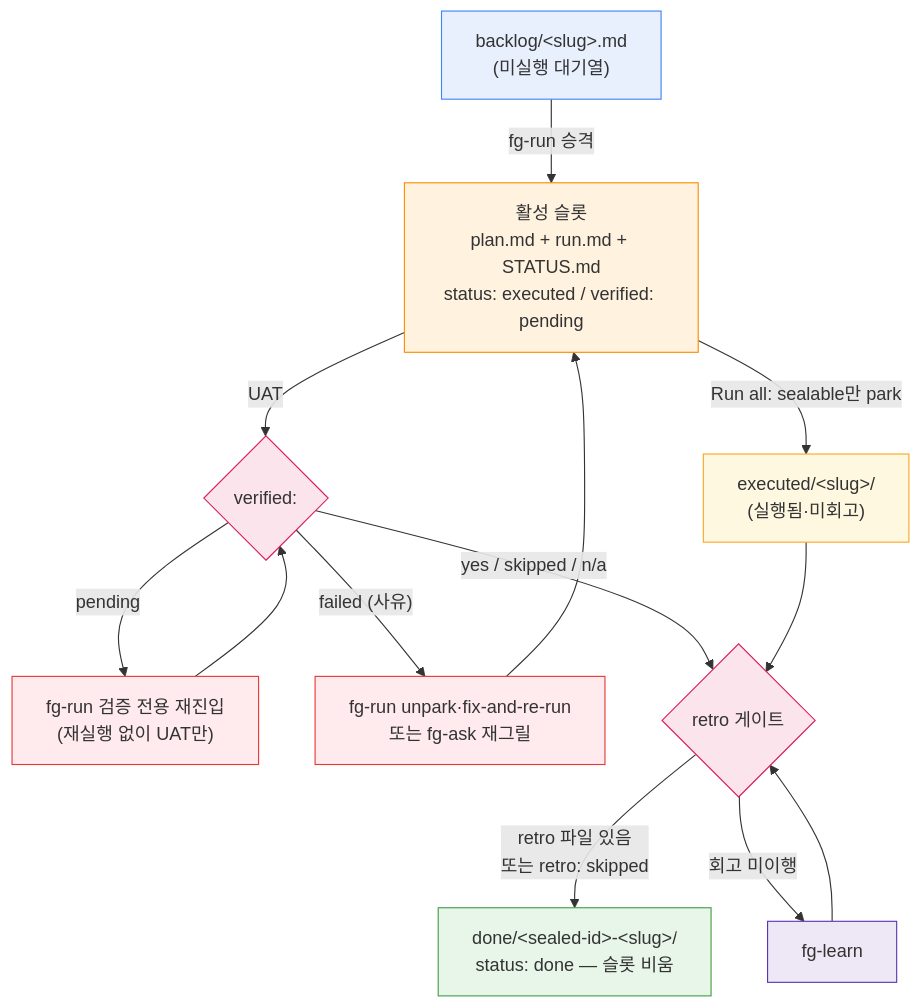
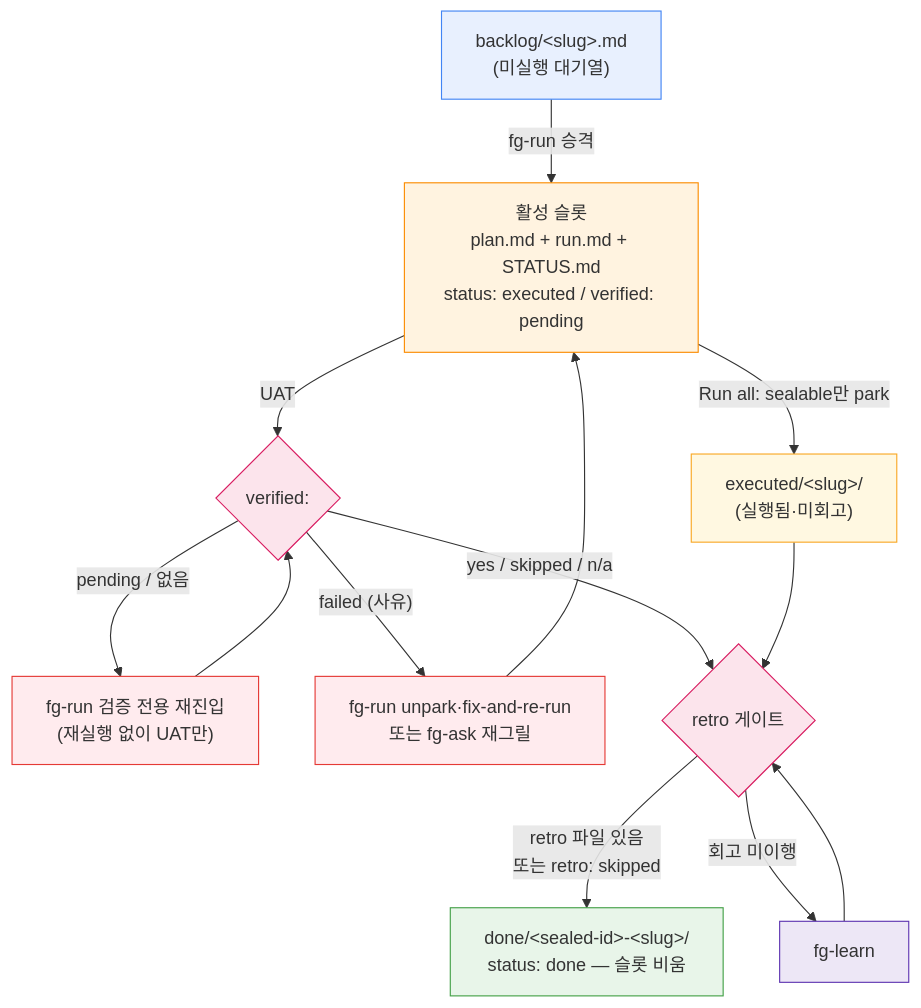
The diagram in .forge/codebase/ARCHITECTURE.md (gyuha/forge), drawn with Mermaid before and after one commit. The commit also changed other lines of this file and 6 other files, not shown here.

````diff
--- a/.forge/codebase/ARCHITECTURE.md
+++ b/.forge/codebase/ARCHITECTURE.md
@@ -152,25 +157,25 @@
 ```mermaid
 flowchart TD
     A["backlog/&lt;slug&gt;.md<br/>(미실행 대기열)"] -->|fg-run 승격| B["활성 슬롯<br/>plan.md + run.md + STATUS.md<br/>status: executed / verified: pending"]
     B -->|"Run all: sealable만 park"| P["executed/&lt;slug&gt;/<br/>(실행됨·미회고)"]
     B -->|UAT| V{"verified:"}
-    V -->|"pending"| RV["fg-run 검증 전용 재진입<br/>(재실행 없이 UAT만)"]
+    V -->|"pending / 없음"| RV["fg-run 검증 전용 재진입<br/>(재실행 없이 UAT만)"]
     RV --> V
     V -->|"failed (사유)"| FX["fg-run unpark·fix-and-re-run<br/>또는 fg-ask 재그릴"]
     FX --> B
     V -->|"yes / skipped / n/a"| R{"retro 게이트"}
     P --> R
     R -->|"retro 파일 있음<br/>또는 retro: skipped"| D["done/&lt;sealed-id&gt;-&lt;slug&gt;/<br/>status: done — 슬롯 비움"]
     R -->|"회고 미이행"| L["fg-learn"]
     L --> R
 
     style A fill:#e8f0fe,stroke:#4285f4
     style B fill:#fff3e0,stroke:#fb8c00
     style P fill:#fff8e1,stroke:#f9a825
     style V fill:#fce4ec,stroke:#d81b60
     style R fill:#fce4ec,stroke:#d81b60
     style FX fill:#ffebee,stroke:#e53935
     style RV fill:#ffebee,stroke:#e53935
     style D fill:#e8f5e9,stroke:#43a047
     style L fill:#ede7f6,stroke:#5e35b1
 ```
````
